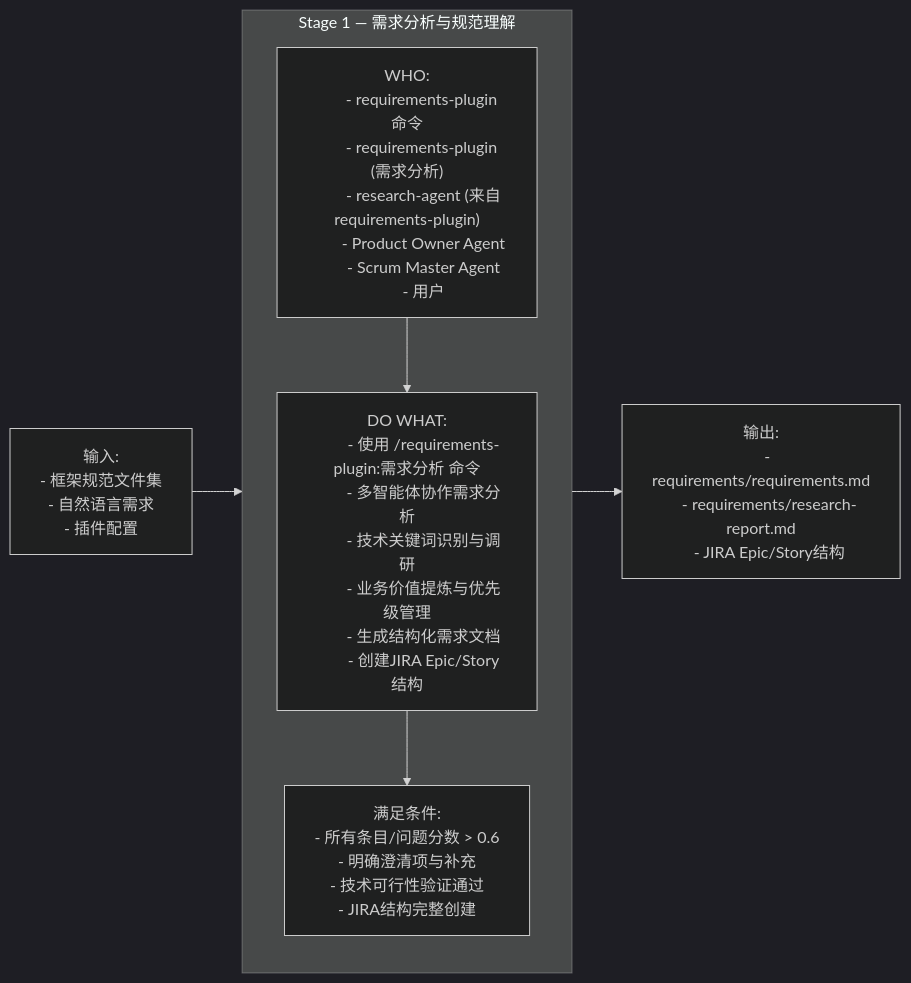
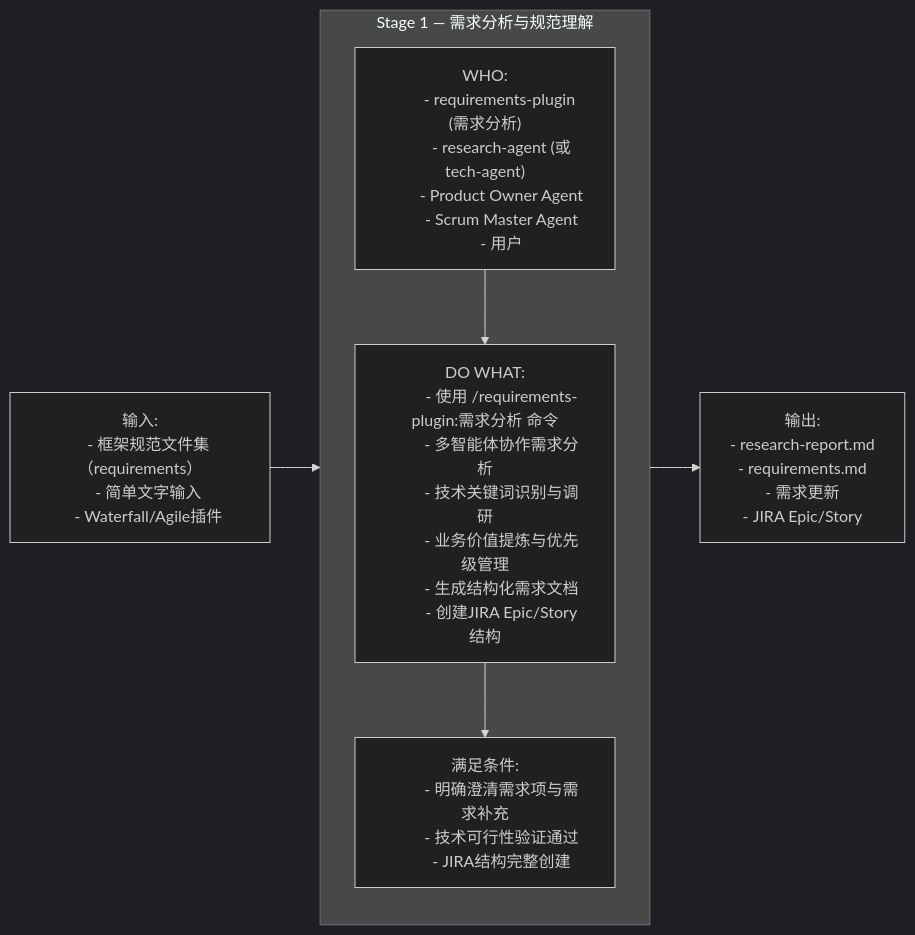
The second of 15 diagrams in README.md (ouyangshixiong/context-engineering-zh), drawn with Mermaid (dark theme) before and after one commit. The commit also changed other lines of this file and 1 other file, not shown here.

````diff
--- a/README.md
+++ b/README.md
@@ -147,42 +142,41 @@
 ```mermaid
 flowchart LR
 
     %% ================= Stage 1 =================
     I1["输入:
-    - 框架规范文件集
-    - 自然语言需求
-    - 插件配置"]
+    - 框架规范文件集（requirements）
+    - 简单文字输入
+    - Waterfall/Agile插件"]
 
     O1["输出:
-    - requirements/requirements.md
-    - requirements/research-report.md
-    - JIRA Epic/Story结构"]
+    - research-report.md
+    - requirements.md
+    - 需求更新
+    - JIRA Epic/Story"]
 
     subgraph S1["Stage 1 — 需求分析与规范理解"]
         W1["WHO:
-        - requirements-plugin 命令
         - requirements-plugin (需求分析)
-        - research-agent (来自requirements-plugin)
+        - research-agent (或tech-agent)
         - Product Owner Agent
         - Scrum Master Agent
         - 用户"]
 
         A1["DO WHAT:
         - 使用 /requirements-plugin:需求分析 命令
         - 多智能体协作需求分析
         - 技术关键词识别与调研
         - 业务价值提炼与优先级管理
         - 生成结构化需求文档
         - 创建JIRA Epic/Story结构"]
 
         V1["满足条件:
-        - 所有条目/问题分数 > 0.6
-        - 明确澄清项与补充
+        - 明确澄清需求项与需求补充
         - 技术可行性验证通过
         - JIRA结构完整创建"]
 
         W1 --> A1 --> V1
     end
 
     I1 --> S1 --> O1
 ```
````
